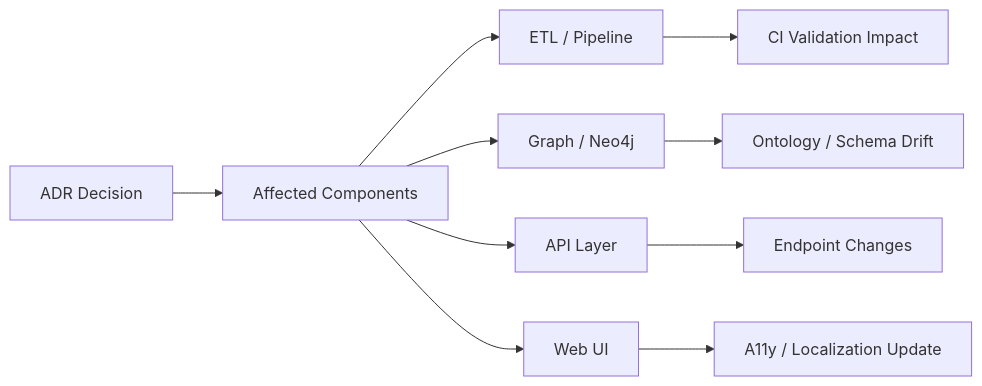
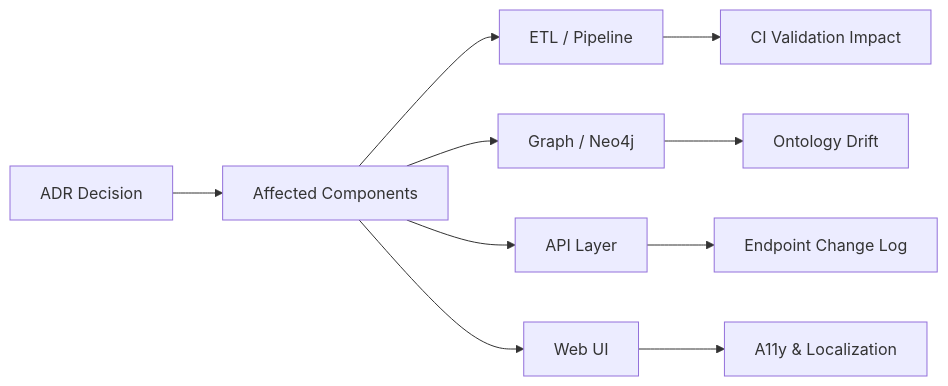
The first of 2 diagrams in docs/design/reviews/architecture/templates/adr_template.md (bartytime4life/Kansas-Frontier-Matrix), drawn with Mermaid before and after one commit. The commit also changed other lines of this file, not shown here.

````diff
--- a/docs/design/reviews/architecture/templates/adr_template.md
+++ b/docs/design/reviews/architecture/templates/adr_template.md
@@ -184,12 +182,12 @@
 ```mermaid
 flowchart LR
   A["ADR Decision"] --> B["Affected Components"]
   B --> C["ETL / Pipeline"]
   B --> D["Graph / Neo4j"]
   B --> E["API Layer"]
   B --> F["Web UI"]
   C --> G["CI Validation Impact"]
-  D --> H["Ontology / Schema Drift"]
-  E --> I["Endpoint Changes"]
-  F --> J["A11y / Localization Update"]
+  D --> H["Ontology Drift"]
+  E --> I["Endpoint Change Log"]
+  F --> J["A11y & Localization"]
 ```
````
